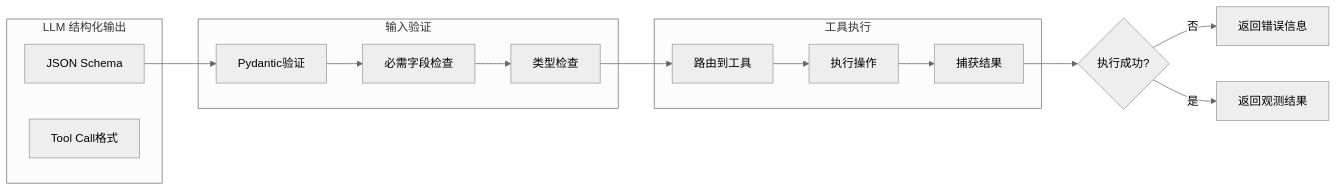
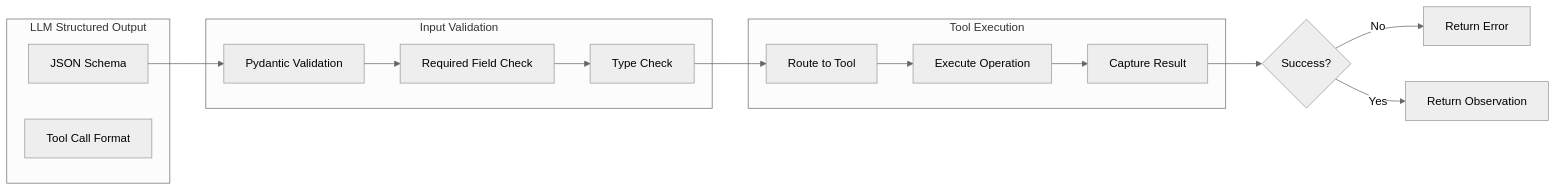
One commit to dyu55/My-Agent changed the fifth of 11 diagrams in ROADMAP.md. Above: the diagram before and after it, drawn with Mermaid (neutral theme). The commit also changed other lines of this file and 2 other files, not shown here.

````diff
--- a/ROADMAP.md
+++ b/ROADMAP.md
@@ -144,25 +143,25 @@
 ```mermaid
 flowchart LR
-    subgraph LLM输出["LLM 结构化输出"]
+    subgraph LLMOutput["LLM Structured Output"]
         O1[JSON Schema]
-        O2[Tool Call格式]
+        O2[Tool Call Format]
     end
 
-    subgraph 验证["输入验证"]
-        V1[Pydantic验证]
-        V2[必需字段检查]
-        V3[类型检查]
+    subgraph Validation["Input Validation"]
+        V1[Pydantic Validation]
+        V2[Required Field Check]
+        V3[Type Check]
     end
 
-    subgraph 工具执行["工具执行"]
-        T1[路由到工具]
-        T2[执行操作]
-        T3[捕获结果]
+    subgraph ToolExecution["Tool Execution"]
+        T1[Route to Tool]
+        T2[Execute Operation]
+        T3[Capture Result]
     end
 
     O1 --> V1 --> V2 --> V3
     V3 --> T1 --> T2 --> T3
-    T3 --> E{执行成功?}
-    E -- 否 --> R[返回错误信息]
-    E -- 是 --> S[返回观测结果]
+    T3 --> E{Success?}
+    E -- No --> R[Return Error]
+    E -- Yes --> S[Return Observation]
 ```
````
